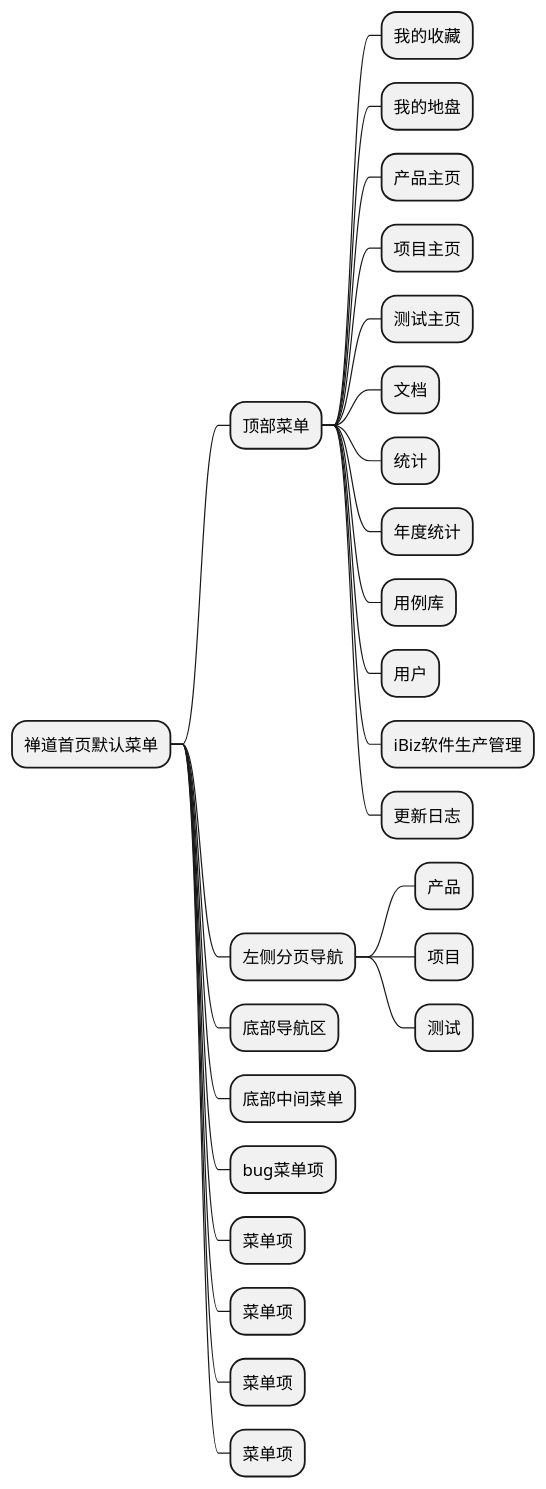
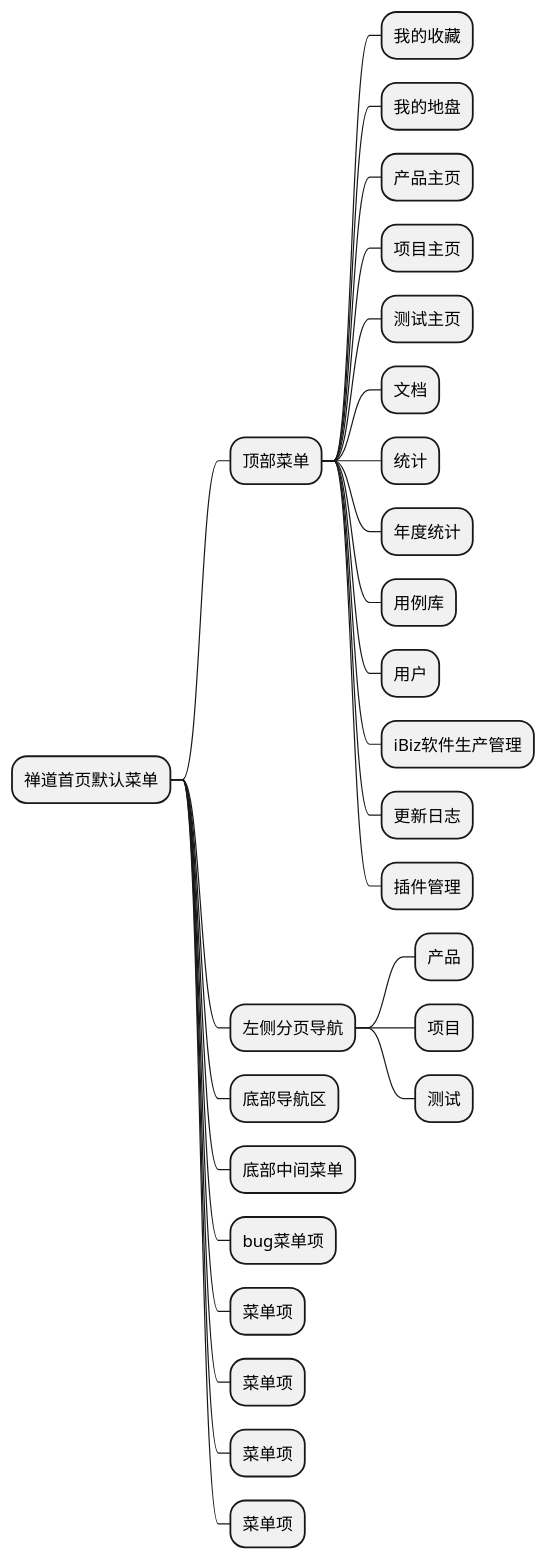
The diagram in ibizpms-docs/src/main/doc/v1/app/web/zentao.md (zj335841911/nt_chandao), drawn with PlantUML before and after one commit. The commit also changed other lines of this file and 40 other files, not shown here.

```diff
--- a/ibizpms-docs/src/main/doc/v1/app/web/zentao.md
+++ b/ibizpms-docs/src/main/doc/v1/app/web/zentao.md
@@ -5,29 +5,30 @@
 {% plantuml %}
 @startmindmap
 * 禅道首页默认菜单
 ** 顶部菜单
 *** 我的收藏
 *** 我的地盘
 *** 产品主页
 *** 项目主页
 *** 测试主页
 *** 文档
 *** 统计
 *** 年度统计
 *** 用例库
 *** 用户
 *** iBiz软件生产管理
 *** 更新日志
+*** 插件管理
 ** 左侧分页导航
 *** 产品
 *** 项目
 *** 测试
 ** 底部导航区
 ** 底部中间菜单
 ** bug菜单项
 ** 菜单项
 ** 菜单项
 ** 菜单项
 ** 菜单项
 @endmindmap
 {% endplantuml %}
```
